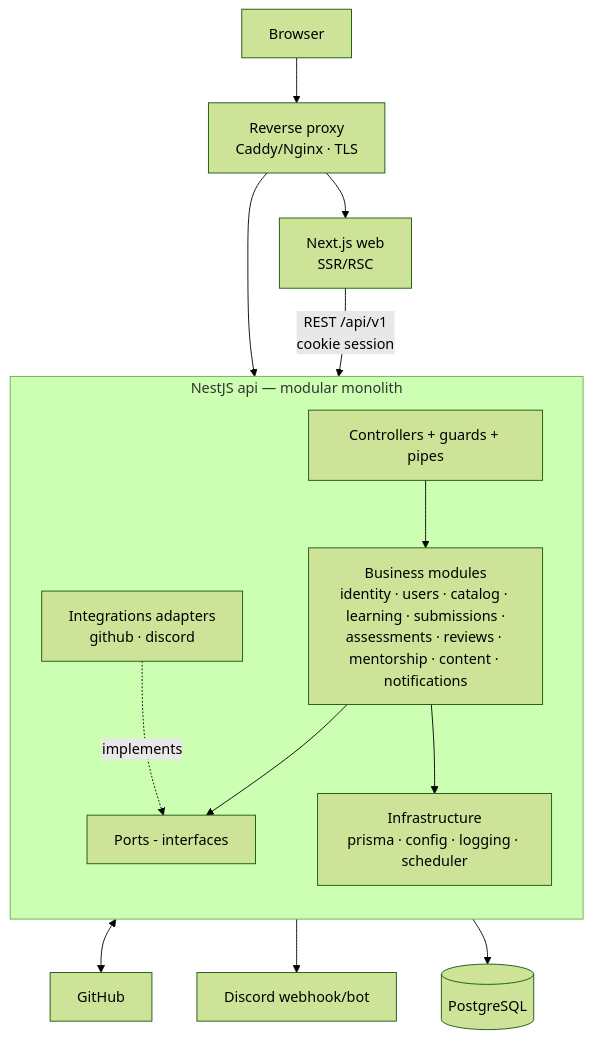
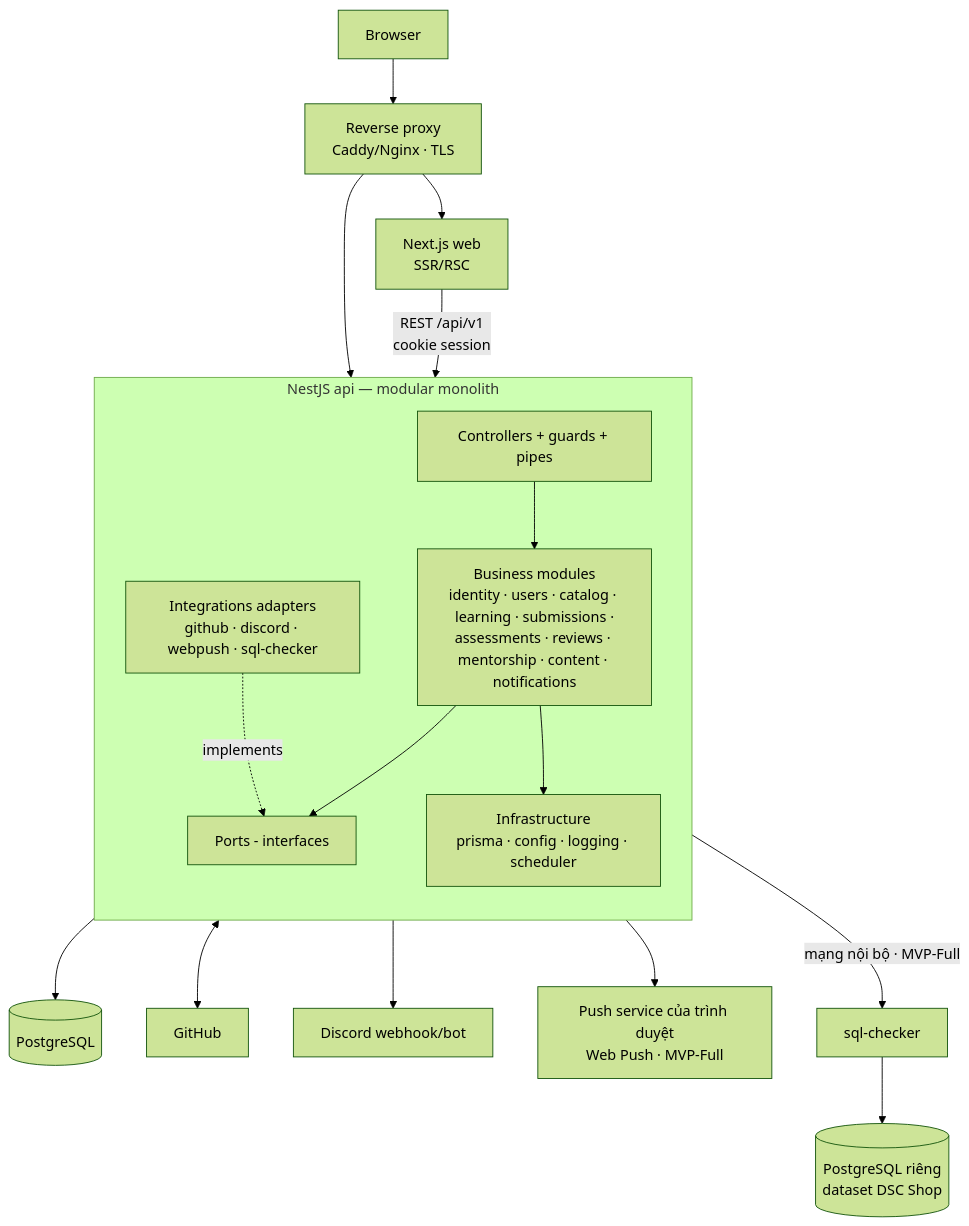
Before and after one commit to hcmute-dsc/learning-hub-docs: the second of 4 diagrams in docs/product/ARCHITECTURE.md, drawn with Mermaid (forest theme). The commit also changed other lines of this file and 10 other files, not shown here.

````diff
--- a/docs/product/ARCHITECTURE.md
+++ b/docs/product/ARCHITECTURE.md
@@ -31,21 +31,24 @@
 ```mermaid
 flowchart TB
   Browser --> Proxy[Reverse proxy<br/>Caddy/Nginx · TLS]
   Proxy --> Web[Next.js web<br/>SSR/RSC]
   Proxy --> API
   Web -->|REST /api/v1<br/>cookie session| API
   subgraph API[NestJS api — modular monolith]
     direction TB
     Presentation[Controllers + guards + pipes]
     Biz[Business modules<br/>identity · users · catalog · learning · submissions ·<br/>assessments · reviews · mentorship · content · notifications]
     Ports[Ports - interfaces]
     Infra[Infrastructure<br/>prisma · config · logging · scheduler]
-    Integ[Integrations adapters<br/>github · discord]
+    Integ[Integrations adapters<br/>github · discord · webpush · sql-checker]
     Presentation --> Biz --> Ports
     Integ -. implements .-> Ports
     Biz --> Infra
   end
   API --> PG[(PostgreSQL)]
   Integ <--> GH[GitHub]
   Integ --> DC[Discord webhook/bot]
+  Integ --> WP[Push service của trình duyệt<br/>Web Push · MVP-Full]
+  Integ -->|mạng nội bộ · MVP-Full| SQLC[sql-checker]
+  SQLC --> SPG[(PostgreSQL riêng<br/>dataset DSC Shop)]
 ```
````
